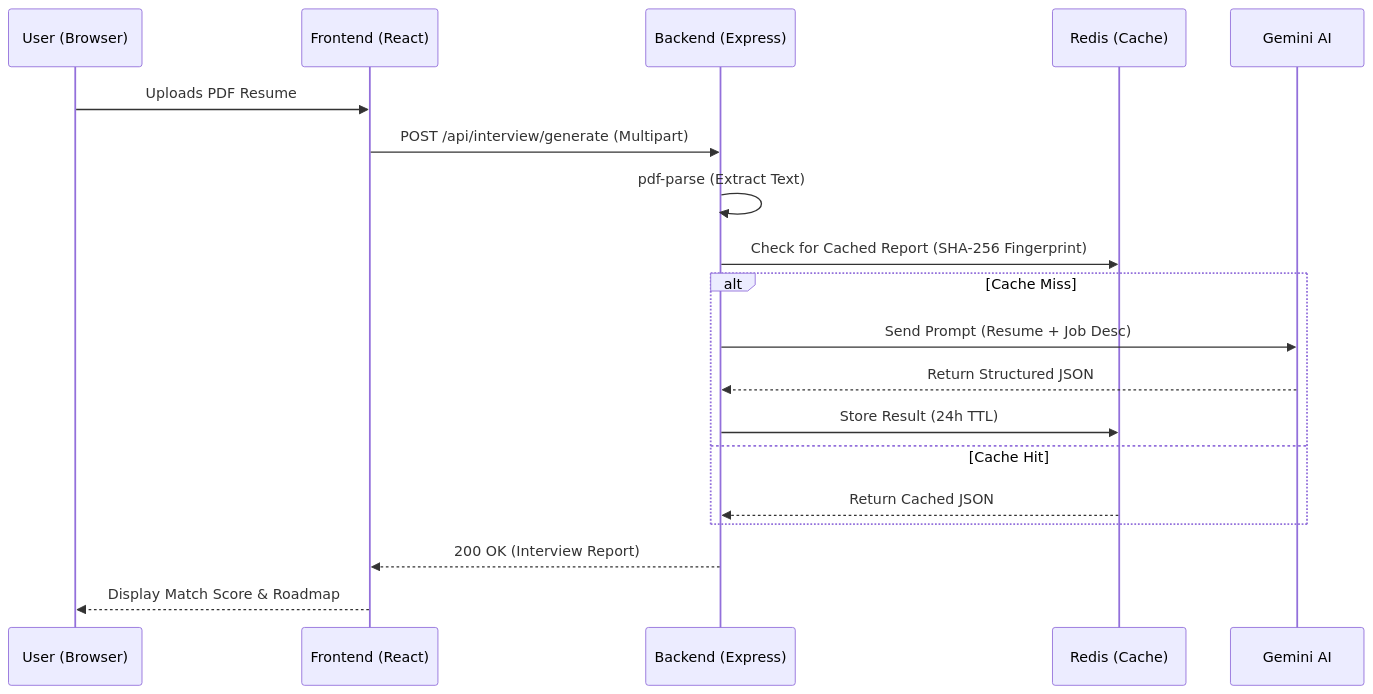
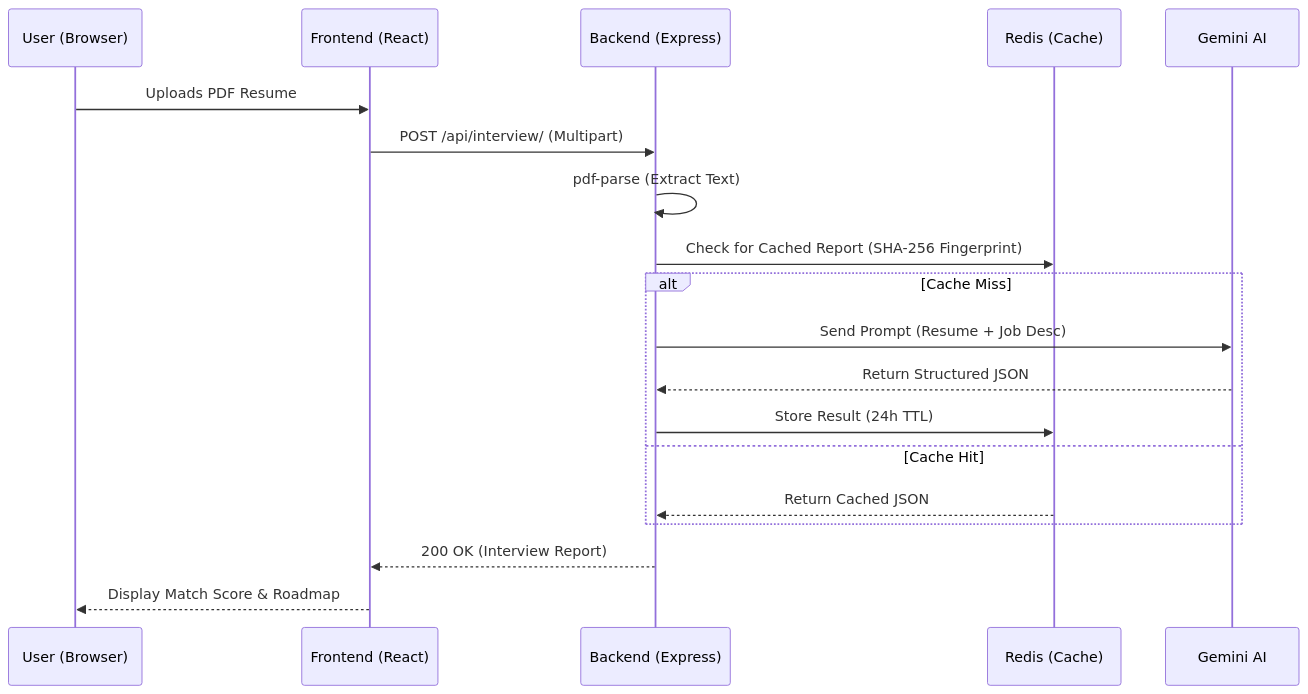
One commit to harshitzofficial/-HirePrep-AI changed the fourth of 15 diagrams in README.md. Above: the diagram before and after it, drawn with Mermaid. The commit also changed other lines of this file, not shown here.

````diff
--- a/README.md
+++ b/README.md
@@ -337,22 +341,22 @@
 ```mermaid
 sequenceDiagram
     participant U as User (Browser)
     participant F as Frontend (React)
     participant B as Backend (Express)
     participant R as Redis (Cache)
     participant G as Gemini AI
  
     U->>F: Uploads PDF Resume
-    F->>B: POST /api/interview/generate (Multipart)
+    F->>B: POST /api/interview/ (Multipart)
     B->>B: pdf-parse (Extract Text)
     B->>R: Check for Cached Report (SHA-256 Fingerprint)
     alt Cache Miss
         B->>G: Send Prompt (Resume + Job Desc)
         G-->>B: Return Structured JSON
         B->>R: Store Result (24h TTL)
     else Cache Hit
         R-->>B: Return Cached JSON
     end
     B-->>F: 200 OK (Interview Report)
     F-->>U: Display Match Score & Roadmap
 ```
````
